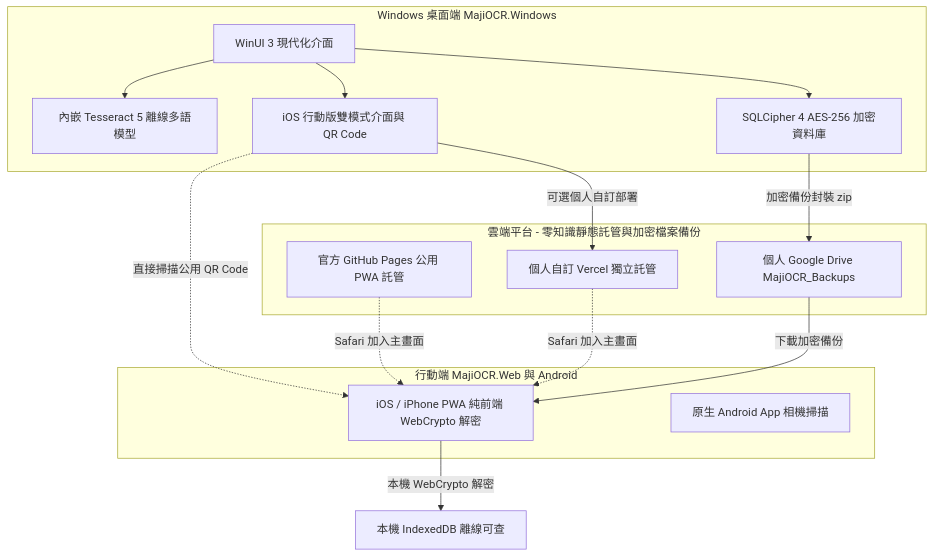
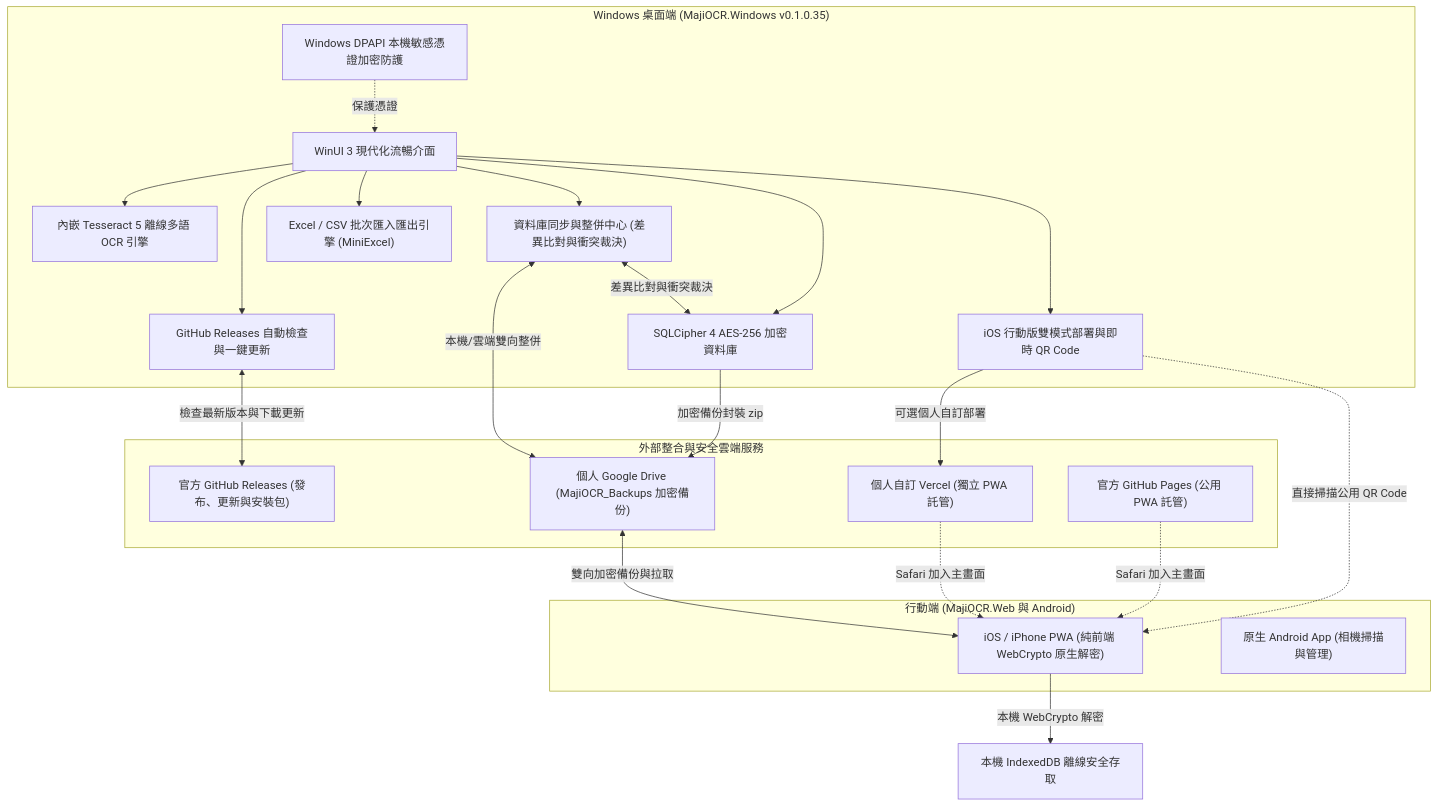
The diagram in README.md (Ryan-tw-Hans/MajiStudio), drawn with Mermaid before and after one commit. The commit also changed other lines of this file and 2 other files, not shown here.

Commit message:
docs(readme): 更新專案 README.md (最新功能與架構圖反映至 v0.1.0.35) (ISSUE-0055)

````diff
--- a/README.md
+++ b/README.md
@@ -17,31 +18,48 @@
 ```mermaid
 graph TD
-    subgraph Desktop [Windows 桌面端 MajiOCR.Windows]
-        WinUI[WinUI 3 現代化介面]
-        Tess[內嵌 Tesseract 5 離線多語模型]
-        SQLCipher[SQLCipher 4 AES-256 加密資料庫]
-        DualDeploy[iOS 行動版雙模式介面與 QR Code]
+    subgraph Desktop ["Windows 桌面端 (MajiOCR.Windows v0.1.0.35)"]
+        WinUI["WinUI 3 現代化流暢介面"]
+        Tess["內嵌 Tesseract 5 離線多語 OCR 引擎"]
+        SQLCipher["SQLCipher 4 AES-256 加密資料庫"]
+        SyncCenter["資料庫同步與整併中心 (差異比對與衝突裁決)"]
+        ExcelEngine["Excel / CSV 批次匯入匯出引擎 (MiniExcel)"]
+        AutoUpdate["GitHub Releases 自動檢查與一鍵更新"]
+        DPAPI["Windows DPAPI 本機敏感憑證加密防護"]
+        DualDeploy["iOS 行動版雙模式部署與即時 QR Code"]
     end
 
-    subgraph Cloud [雲端平台 - 零知識靜態託管與加密檔案備份]
-        GHPages[官方 GitHub Pages 公用 PWA 託管]
-        GDrive[個人 Google Drive MajiOCR_Backups]
-        Vercel[個人自訂 Vercel 獨立託管]
+    subgraph Cloud ["外部整合與安全雲端服務"]
+        GHReleases["官方 GitHub Releases (發布、更新與安裝包)"]
+        GHPages["官方 GitHub Pages (公用 PWA 託管)"]
+        GDrive["個人 Google Drive (MajiOCR_Backups 加密備份)"]
+        Vercel["個人自訂 Vercel (獨立 PWA 託管)"]
     end
 
-    subgraph Mobile [行動端 MajiOCR.Web 與 Android]
-        PWA[iOS / iPhone PWA 純前端 WebCrypto 解密]
-        AndroidApp[原生 Android App 相機掃描]
+    subgraph Mobile ["行動端 (MajiOCR.Web 與 Android)"]
+        PWA["iOS / iPhone PWA (純前端 WebCrypto 原生解密)"]
+        AndroidApp["原生 Android App (相機掃描與管理)"]
     end
 
+    %% Windows 內部關聯
     WinUI --> Tess
     WinUI --> SQLCipher
+    WinUI --> SyncCenter
+    WinUI --> ExcelEngine
+    WinUI --> AutoUpdate
     WinUI --> DualDeploy
+    DPAPI -.->|保護憑證| WinUI
+
+    %% 桌面端與雲端/發布關聯
+    AutoUpdate <-->|檢查最新版本與下載更新| GHReleases
     DualDeploy -.->|直接掃描公用 QR Code| PWA
     DualDeploy -->|可選個人自訂部署| Vercel
     GHPages -.->|Safari 加入主畫面| PWA
     Vercel -.->|Safari 加入主畫面| PWA
     SQLCipher -->|加密備份封裝 zip| GDrive
-    GDrive -->|下載加密備份| PWA
-    PWA -->|本機 WebCrypto 解密| IndexedDB[本機 IndexedDB 離線可查]
+    GDrive <-->|雙向加密備份與拉取| PWA
+    SyncCenter <-->|本機/雲端雙向整併| GDrive
+    SyncCenter <-->|差異比對與衝突裁決| SQLCipher
+
+    %% 行動端內部
+    PWA -->|本機 WebCrypto 解密| IndexedDB["本機 IndexedDB 離線安全存取"]
 ```
````
